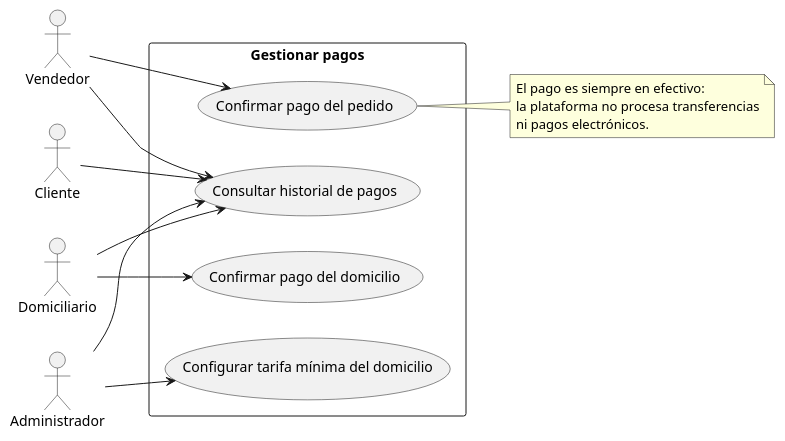
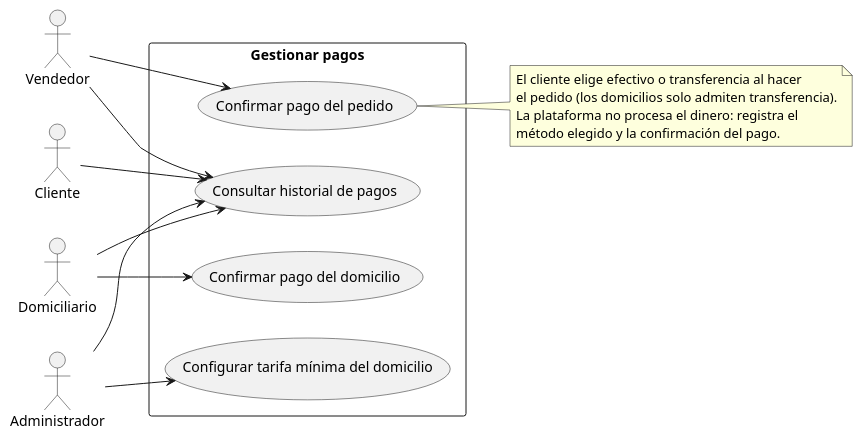
Before and after one commit to RAAR-18/napa: the diagram in casos de uso/gestionar_pagos.puml, drawn with PlantUML. The commit also changed 123 other files, not shown here.

First line of the commit message:
docs: métodos de pago por modalidad, estado del emprendimiento y reglas de datos

```diff
--- a/casos de uso/gestionar_pagos.puml
+++ b/casos de uso/gestionar_pagos.puml
@@ -1,32 +1,33 @@
 @startuml
 
 left to right direction
 
 actor "Cliente" as c
 actor "Vendedor" as v
 actor "Domiciliario" as d
 actor "Administrador" as adm
 
 rectangle "Gestionar pagos" {
   usecase "Confirmar pago del pedido" as UC1
   usecase "Confirmar pago del domicilio" as UC2
   usecase "Configurar tarifa mínima del domicilio" as UC3
   usecase "Consultar historial de pagos" as UC4
 }
 
 v --> UC1
 d --> UC2
 adm --> UC3
 
 c --> UC4
 v --> UC4
 d --> UC4
 adm --> UC4
 
 note right of UC1
-  El pago es siempre en efectivo:
-  la plataforma no procesa transferencias
-  ni pagos electrónicos.
+  El cliente elige efectivo o transferencia al hacer
+  el pedido (los domicilios solo admiten transferencia).
+  La plataforma no procesa el dinero: registra el
+  método elegido y la confirmación del pago.
 end note
 
 @enduml
```
